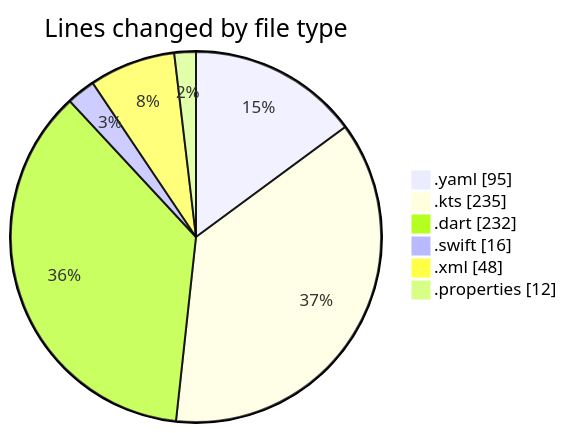
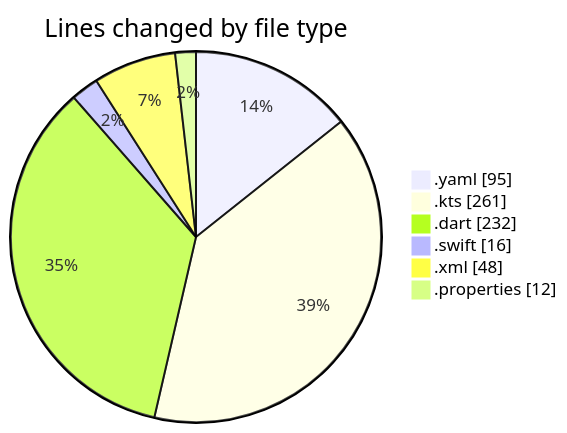
One commit to donsfak/code-tracking changed the first of 2 diagrams in 2025-02-16/uber_clone/README.md. Above: the diagram before and after it, drawn with Mermaid. The commit also changed other lines of this file and 1 other file, not shown here.

````diff
--- a/2025-02-16/uber_clone/README.md
+++ b/2025-02-16/uber_clone/README.md
@@ -26,10 +27,10 @@
 ```mermaid
 pie showData
 title Lines changed by file type
 ".yaml" : 95
-".kts" : 235
+".kts" : 261
 ".dart" : 232
 ".swift" : 16
 ".xml" : 48
 ".properties" : 12
 ```
````
